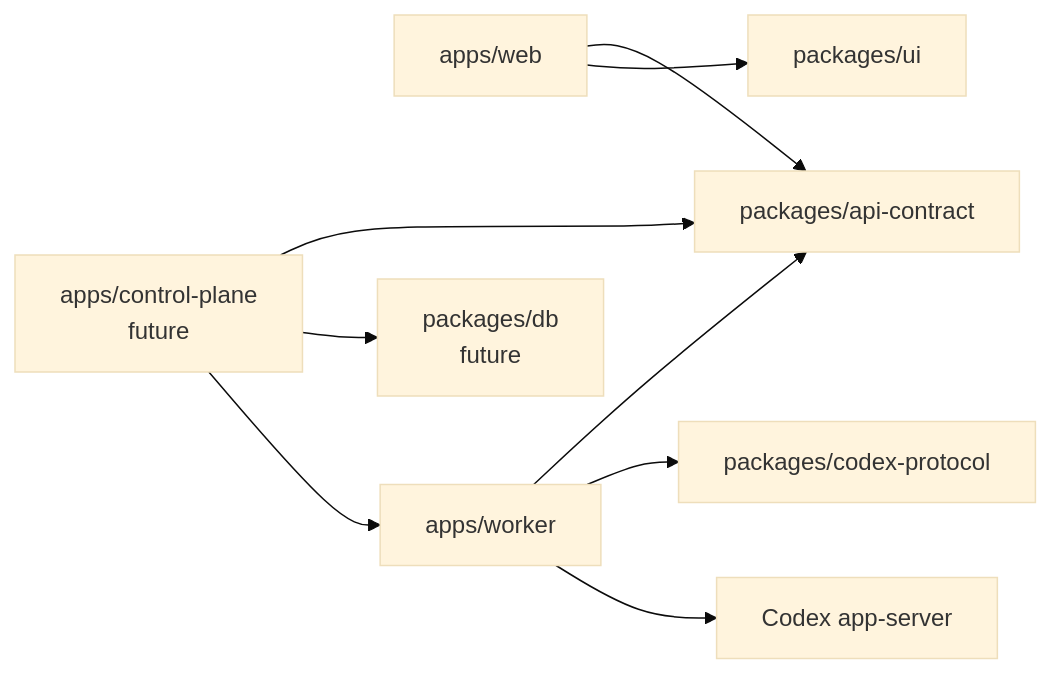
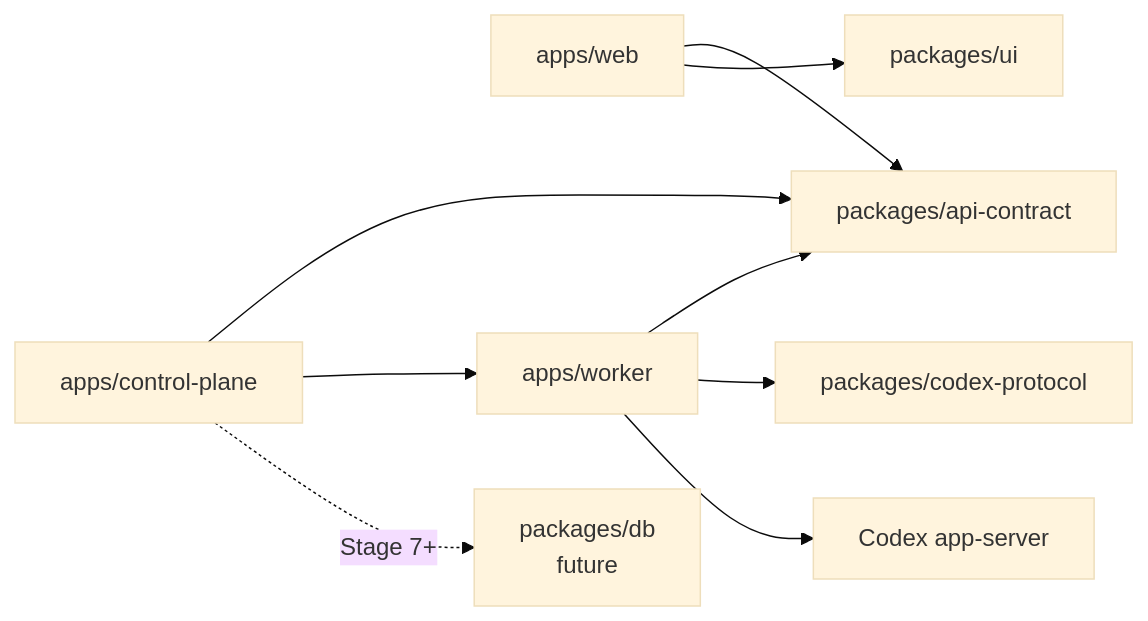
One commit to VintLin/codex-remote changed the diagram in PROJECT_STRUCTURE.md. Above: the diagram before and after it, drawn with Mermaid (base theme). The commit also changed other lines of this file and 43 other files, not shown here.

Commit message:
Complete control plane multi-device stage

````diff
--- a/PROJECT_STRUCTURE.md
+++ b/PROJECT_STRUCTURE.md
@@ -227,20 +233,20 @@
 ```mermaid
 flowchart LR
   Web["apps/web"]
   Worker["apps/worker"]
-  CP["apps/control-plane<br/>future"]
+  CP["apps/control-plane"]
   API["packages/api-contract"]
   Protocol["packages/codex-protocol"]
   UI["packages/ui"]
   DB["packages/db<br/>future"]
   AppServer["Codex app-server"]
 
   Web --> API
   Web --> UI
   Worker --> API
   Worker --> Protocol
   Worker --> AppServer
   CP --> API
-  CP --> DB
   CP --> Worker
+  CP -. Stage 7+ .-> DB
 ```
````
